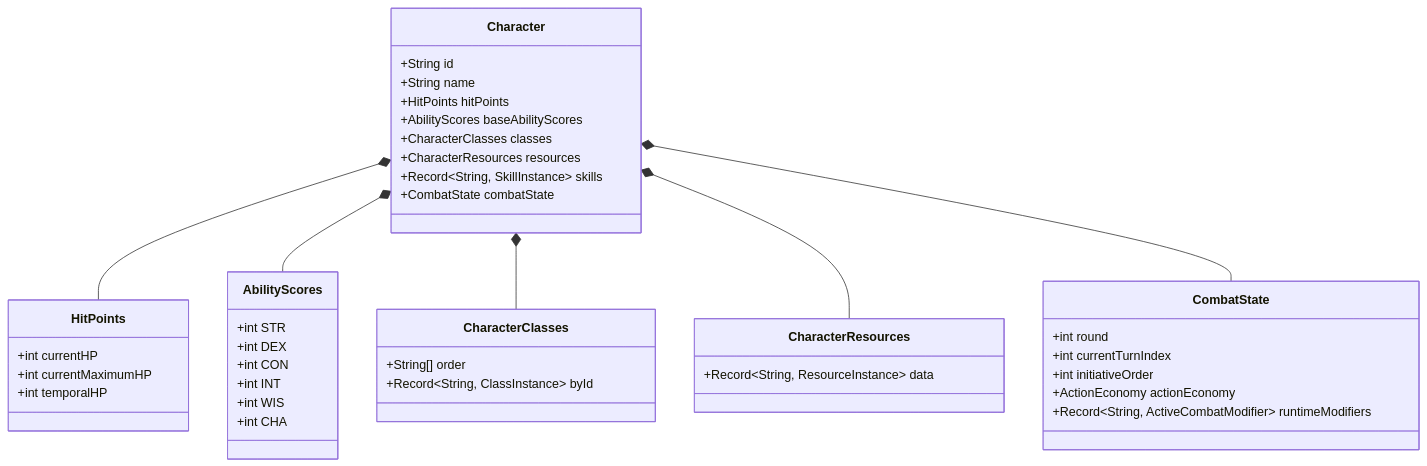
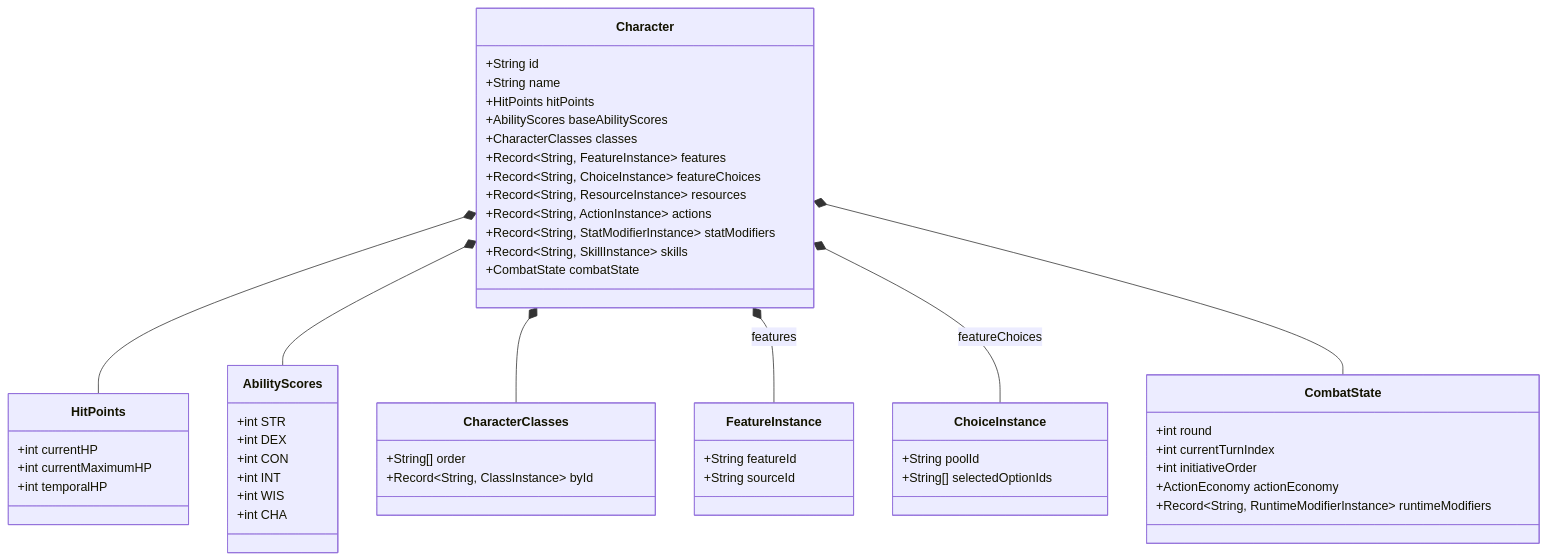
One commit to JaredReyes107/DnD-Companion changed the first of 5 diagrams in docs/domain-model.md. Above: the diagram before and after it, drawn with Mermaid. The commit also changed other lines of this file and 143 other files, not shown here.

````diff
--- a/docs/domain-model.md
+++ b/docs/domain-model.md
@@ -9,51 +9,62 @@
 ```mermaid
 classDiagram
     class Character {
         +String id
         +String name
         +HitPoints hitPoints
         +AbilityScores baseAbilityScores
         +CharacterClasses classes
-        +CharacterResources resources
+        +Record~String, FeatureInstance~ features
+        +Record~String, ChoiceInstance~ featureChoices
+        +Record~String, ResourceInstance~ resources
+        +Record~String, ActionInstance~ actions
+        +Record~String, StatModifierInstance~ statModifiers
         +Record~String, SkillInstance~ skills
         +CombatState combatState
     }
 
     class HitPoints {
         +int currentHP
         +int currentMaximumHP
         +int temporalHP
     }
 
     class AbilityScores {
         +int STR
         +int DEX
         +int CON
         +int INT
         +int WIS
         +int CHA
     }
 
     class CharacterClasses {
         +String[] order
         +Record~String, ClassInstance~ byId
     }
 
-    class CharacterResources {
-        +Record~String, ResourceInstance~ data
+    class FeatureInstance {
+        +String featureId
+        +String sourceId
+    }
+
+    class ChoiceInstance {
+        +String poolId
+        +String[] selectedOptionIds
     }
 
     class CombatState {
         +int round
         +int currentTurnIndex
         +int initiativeOrder
         +ActionEconomy actionEconomy
-        +Record~String, ActiveCombatModifier~ runtimeModifiers
+        +Record~String, RuntimeModifierInstance~ runtimeModifiers
     }
 
     Character *-- HitPoints
     Character *-- AbilityScores
     Character *-- CharacterClasses
-    Character *-- CharacterResources
+    Character *-- FeatureInstance : features
+    Character *-- ChoiceInstance : featureChoices
     Character *-- CombatState
 ```
````
